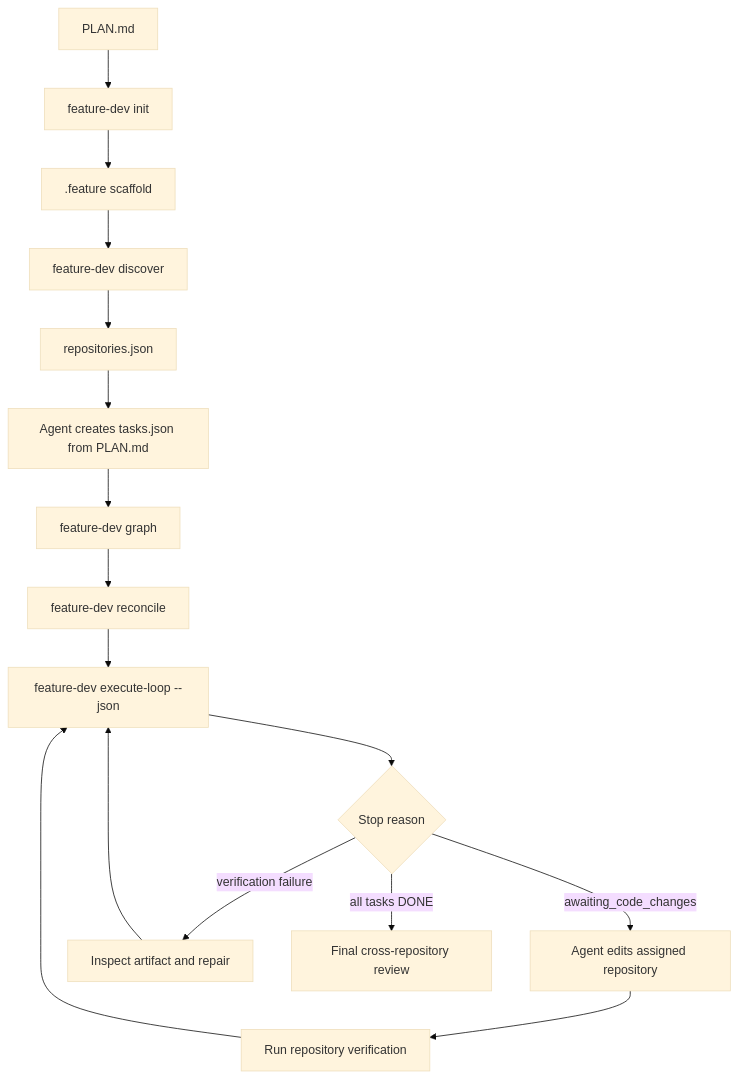
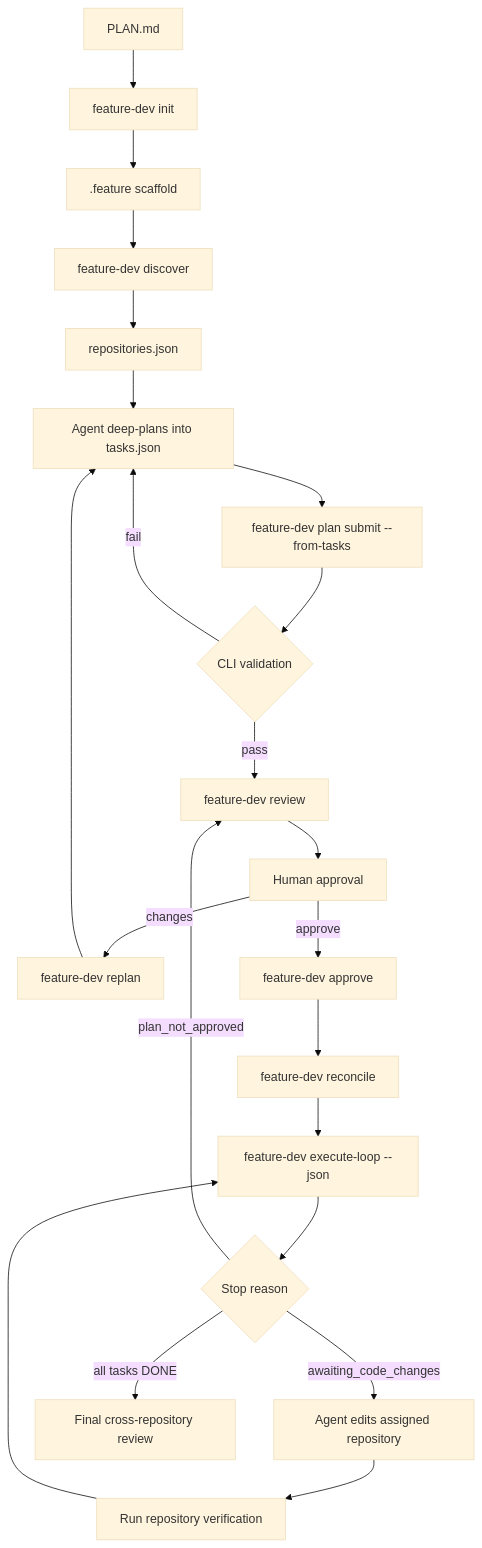
Before and after one commit to deepu4115/feature-dev-orchestrator: the diagram in README.md, drawn with Mermaid (base theme). The commit also changed other lines of this file and 41 other files, not shown here.

````diff
--- a/README.md
+++ b/README.md
@@ -252,18 +308,24 @@
 ```mermaid
 flowchart TD
-		A[PLAN.md] --> B[feature-dev init]
-		B --> C[.feature scaffold]
-		C --> D[feature-dev discover]
-		D --> E[repositories.json]
-		E --> F[Agent creates tasks.json from PLAN.md]
-		F --> G[feature-dev graph]
-		G --> H[feature-dev reconcile]
-		H --> I[feature-dev execute-loop --json]
-		I --> J{Stop reason}
-		J -->|awaiting_code_changes| K[Agent edits assigned repository]
-		K --> L[Run repository verification]
-		L --> I
-		J -->|verification failure| M[Inspect artifact and repair]
-		M --> I
-		J -->|all tasks DONE| N[Final cross-repository review]
+    A[PLAN.md] --> B[feature-dev init]
+    B --> C[.feature scaffold]
+    C --> D[feature-dev discover]
+    D --> E[repositories.json]
+    E --> F[Agent deep-plans into tasks.json]
+    F --> G[feature-dev plan submit --from-tasks]
+    G --> H{CLI validation}
+    H -->|fail| F
+    H -->|pass| I[feature-dev review]
+    I --> J[Human approval]
+    J -->|changes| K[feature-dev replan]
+    K --> F
+    J -->|approve| L[feature-dev approve]
+    L --> M[feature-dev reconcile]
+    M --> N[feature-dev execute-loop --json]
+    N --> O{Stop reason}
+    O -->|awaiting_code_changes| P[Agent edits assigned repository]
+    P --> Q[Run repository verification]
+    Q --> N
+    O -->|plan_not_approved| I
+    O -->|all tasks DONE| R[Final cross-repository review]
 ```
````
